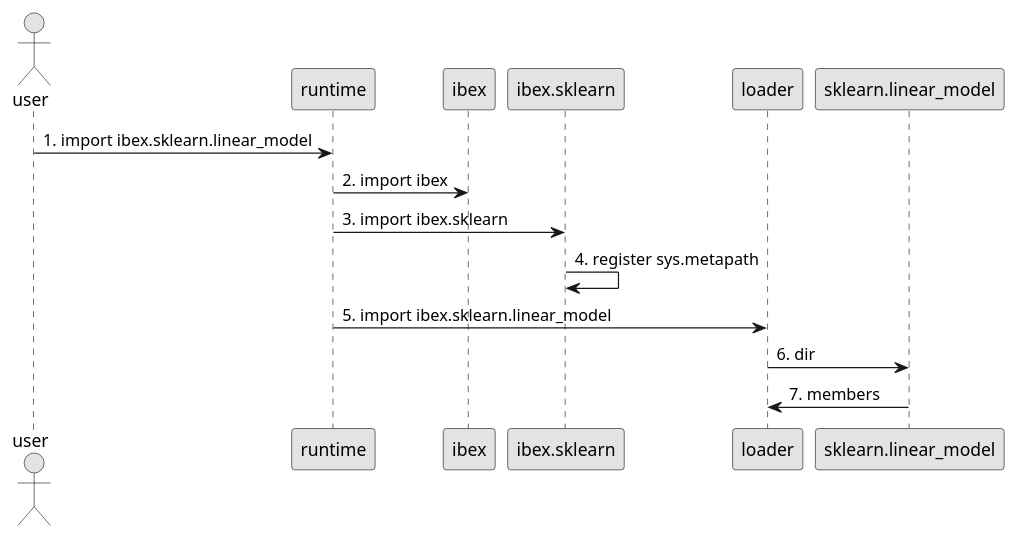
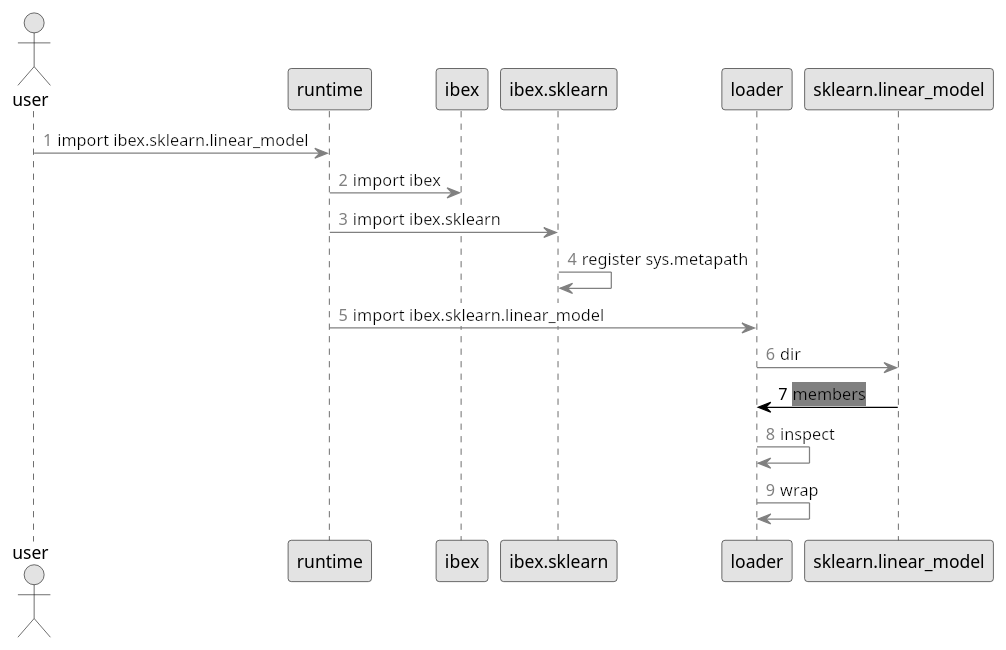
Before and after one commit to atavory/atavory.github.io: the diagram in ibex_pres/import_seq_7.plantuml, drawn with PlantUML. The commit also changed 6 other files, not shown here.

```diff
--- a/ibex_pres/import_seq_7.plantuml
+++ b/ibex_pres/import_seq_7.plantuml
@@ -1,16 +1,27 @@
 @startuml
 
 skinparam monochrome true
 skinparam shadowing false
 
 actor user
 
-user -> runtime: 1. import ibex.sklearn.linear_model
-runtime -> ibex: 2. import ibex
-runtime -> ibex.sklearn: 3. import ibex.sklearn
-ibex.sklearn -> ibex.sklearn: 4. register sys.metapath
-runtime -> loader: 5. import ibex.sklearn.linear_model
-loader -> sklearn.linear_model: 6. dir
-sklearn.linear_model -> loader: 7. members
+autonumber 1 "<font color=grey>"
+user -[#grey]> runtime: <back:white>import ibex.sklearn.linear_model</back>
+autonumber 2 "<font color=grey>"
+runtime -[#grey]> ibex: <back:white>import ibex</back>
+autonumber 3 "<font color=grey>"
+runtime -[#grey]> ibex.sklearn: <back:white>import ibex.sklearn</back>
+autonumber 4 "<font color=grey>"
+ibex.sklearn -[#grey]> ibex.sklearn: <back:white>register sys.metapath</back>
+autonumber 5 "<font color=grey>"
+runtime -[#grey]> loader: <back:white>import ibex.sklearn.linear_model</back>
+autonumber 6 "<font color=grey>"
+loader -[#grey]> sklearn.linear_model: <back:white>dir</back>
+autonumber 7 "<font color=black>"
+sklearn.linear_model -[#black]> loader: <back:grey>members</back>
+autonumber 8 "<font color=grey>"
+loader -[#grey]> loader: <back:white>inspect</back>
+autonumber 9 "<font color=grey>"
+loader -[#grey]> loader: <back:white>wrap</back>
 
 @enduml
```
